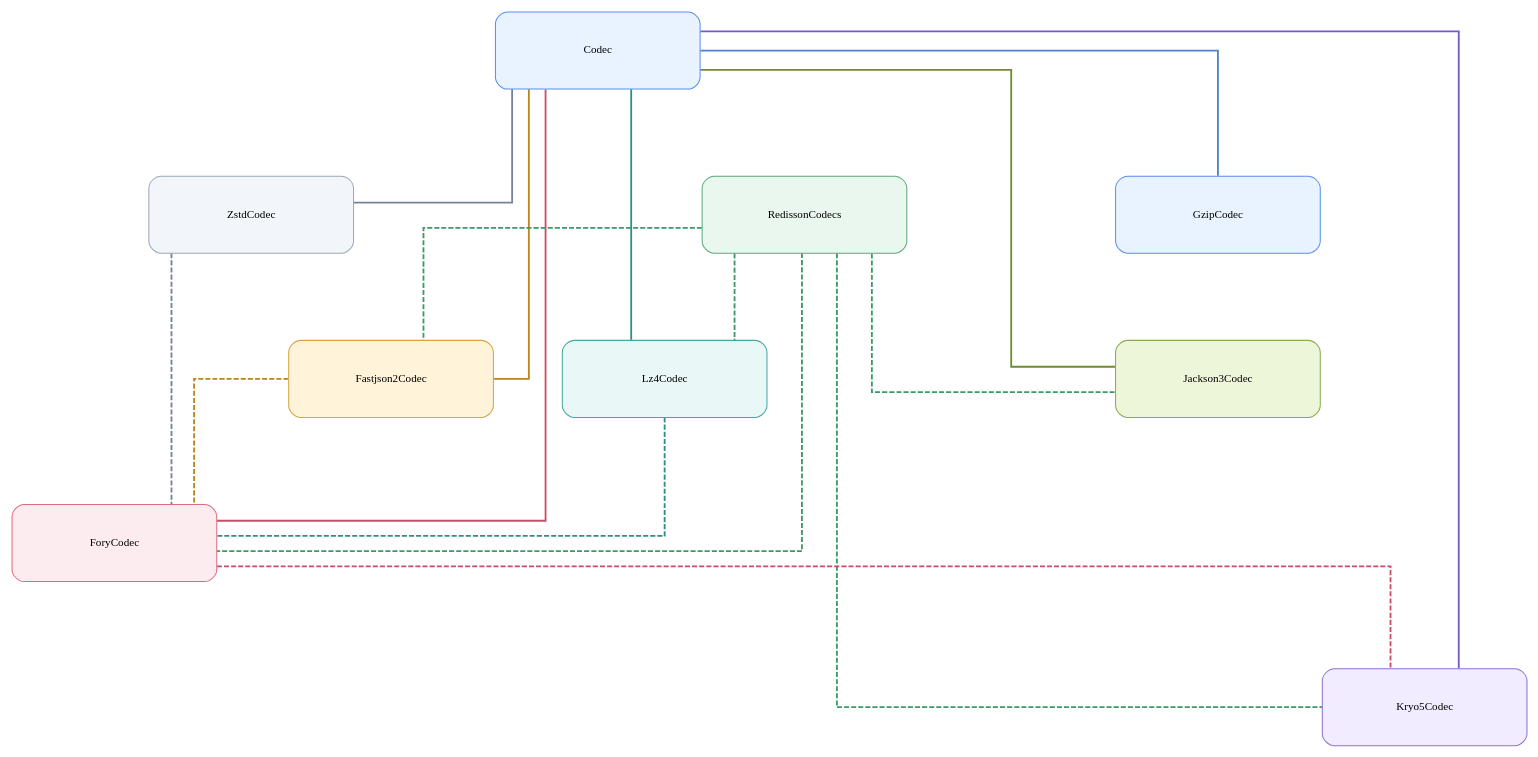
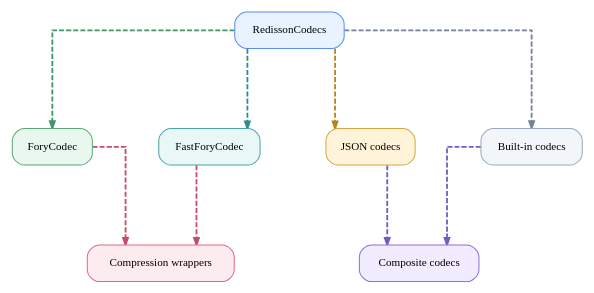
One commit to bluetape4k/bluetape4k-projects changed the diagram in docs/images/readme-diagrams/infra-redisson-diagram-01.dot. Above: the diagram before and after it, drawn with Graphviz. The commit also changed 600 other files, not shown here.

First line of the commit message:
Stabilize README diagram regeneration quality

```diff
--- a/docs/images/readme-diagrams/infra-redisson-diagram-01.dot
+++ b/docs/images/readme-diagrams/infra-redisson-diagram-01.dot
@@ -1,31 +1,20 @@
 digraph G {
-  graph [rankdir=TB, splines=ortho, nodesep=0.95, ranksep=1.2, outputorder=edgesfirst, pack=false, sep="+0.9,0.9"];
-  node [shape=box, style="rounded,filled", fontname="Comic Mono", fontsize=11, margin="0.16,0.10", width=2.8, height=1.05];
-  edge [fontname="Comic Mono", fontsize=10, arrowsize=0.75, penwidth=1.8];
-  Codec [label="Codec", fillcolor="#E8F3FF", color="#5B8DEF"];
-  RedissonCodecs [label="RedissonCodecs", fillcolor="#EAF7EF", color="#58A978"];
-  Lz4Codec [label="Lz4Codec", fillcolor="#E9F7F6", color="#45A7A1"];
-  Fastjson2Codec [label="Fastjson2Codec", fillcolor="#FFF3D9", color="#D6A441"];
-  ForyCodec [label="ForyCodec", fillcolor="#FDECEF", color="#DC6B82"];
-  Kryo5Codec [label="Kryo5Codec", fillcolor="#F1ECFF", color="#8A72D6"];
-  Jackson3Codec [label="Jackson3Codec", fillcolor="#EEF6D9", color="#8BA84D"];
-  ZstdCodec [label="ZstdCodec", fillcolor="#F2F5F9", color="#9AA8B8"];
-  GzipCodec [label="GzipCodec", fillcolor="#E8F3FF", color="#5B8DEF"];
-  { rank=source; Codec; }
-  RedissonCodecs -> Fastjson2Codec [color="#3E9868", fontcolor="#3E9868", style="dashed", arrowhead="none", weight=2];
-  RedissonCodecs -> Jackson3Codec [color="#3E9868", fontcolor="#3E9868", style="dashed", arrowhead="none", weight=2];
-  RedissonCodecs -> Kryo5Codec [color="#3E9868", fontcolor="#3E9868", style="dashed", arrowhead="none", weight=2];
-  RedissonCodecs -> ForyCodec [color="#3E9868", fontcolor="#3E9868", style="dashed", arrowhead="none", weight=2];
-  RedissonCodecs -> Lz4Codec [color="#3E9868", fontcolor="#3E9868", style="dashed", arrowhead="none", weight=2];
-  Fastjson2Codec -> ForyCodec [color="#B9851B", fontcolor="#B9851B", style="dashed", arrowhead="none", weight=2];
-  ForyCodec -> Kryo5Codec [color="#C94D68", fontcolor="#C94D68", style="dashed", arrowhead="none", weight=2];
-  ZstdCodec -> ForyCodec [color="#758297", fontcolor="#758297", style="dashed", arrowhead="none", weight=2];
-  Lz4Codec -> ForyCodec [color="#2E8F89", fontcolor="#2E8F89", style="dashed", arrowhead="none", weight=2];
-  Codec -> Fastjson2Codec [color="#B9851B", fontcolor="#B9851B", style="solid", arrowhead="none", weight=10];
-  Codec -> Jackson3Codec [color="#718A35", fontcolor="#718A35", style="solid", arrowhead="none", weight=10];
-  Codec -> GzipCodec [color="#4F83BF", fontcolor="#4F83BF", style="solid", arrowhead="none", weight=10];
-  Codec -> ZstdCodec [color="#758297", fontcolor="#758297", style="solid", arrowhead="none", weight=10];
-  Codec -> Lz4Codec [color="#2E8F89", fontcolor="#2E8F89", style="solid", arrowhead="none", weight=10];
-  Codec -> Kryo5Codec [color="#755BC6", fontcolor="#755BC6", style="solid", arrowhead="none", weight=10];
-  Codec -> ForyCodec [color="#C94D68", fontcolor="#C94D68", style="solid", arrowhead="none", weight=10];
+  graph [rankdir=TB, splines=ortho, nodesep=0.9, ranksep=1.1, outputorder=edgesfirst];
+  node [shape=box, style="rounded,filled", fontname="Comic Mono", fontsize=11, margin="0.16,0.10"];
+  edge [fontname="Comic Mono", fontsize=10, arrowsize=0.7, penwidth=1.8];
+  RedissonCodecs [label="RedissonCodecs", fillcolor="#E8F3FF", color="#5B8DEF"];
+  ForyCodec [label="ForyCodec", fillcolor="#EAF7EF", color="#58A978"];
+  FastForyCodec [label="FastForyCodec", fillcolor="#E9F7F6", color="#45A7A1"];
+  JsonCodecs [label="JSON codecs", fillcolor="#FFF3D9", color="#D6A441"];
+  BuiltinCodecs [label="Built-in codecs", fillcolor="#F2F5F9", color="#9AA8B8"];
+  CompressionWrappers [label="Compression wrappers", fillcolor="#FDECEF", color="#DC6B82"];
+  CompositeCodecs [label="Composite codecs", fillcolor="#F1ECFF", color="#8A72D6"];
+  RedissonCodecs -> ForyCodec [style="dashed", color="#3E9868"];
+  RedissonCodecs -> FastForyCodec [style="dashed", color="#2E8F89"];
+  RedissonCodecs -> JsonCodecs [style="dashed", color="#B9851B"];
+  RedissonCodecs -> BuiltinCodecs [style="dashed", color="#758297"];
+  ForyCodec -> CompressionWrappers [style="dashed", color="#C94D68"];
+  FastForyCodec -> CompressionWrappers [style="dashed", color="#C94D68"];
+  JsonCodecs -> CompositeCodecs [style="dashed", color="#755BC6"];
+  BuiltinCodecs -> CompositeCodecs [style="dashed", color="#755BC6"];
 }
```
